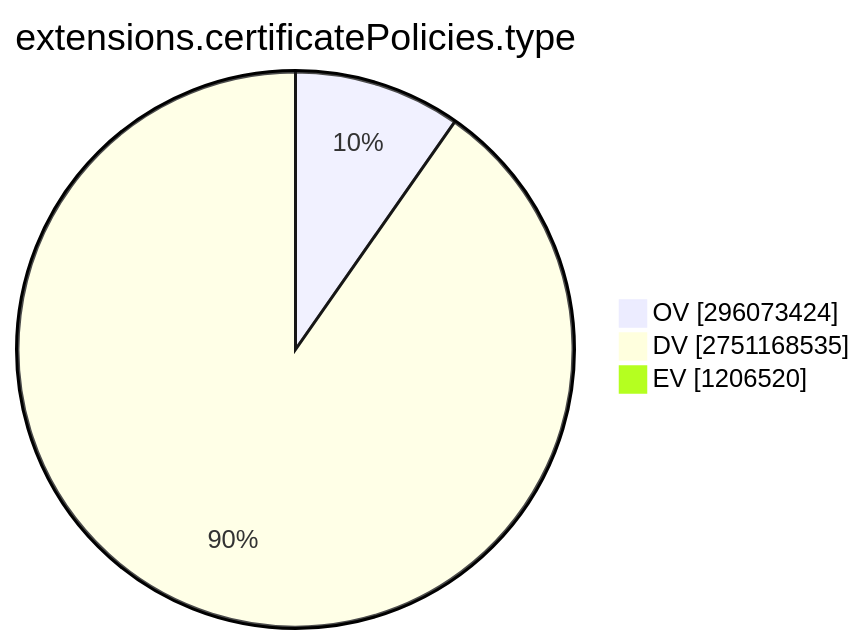
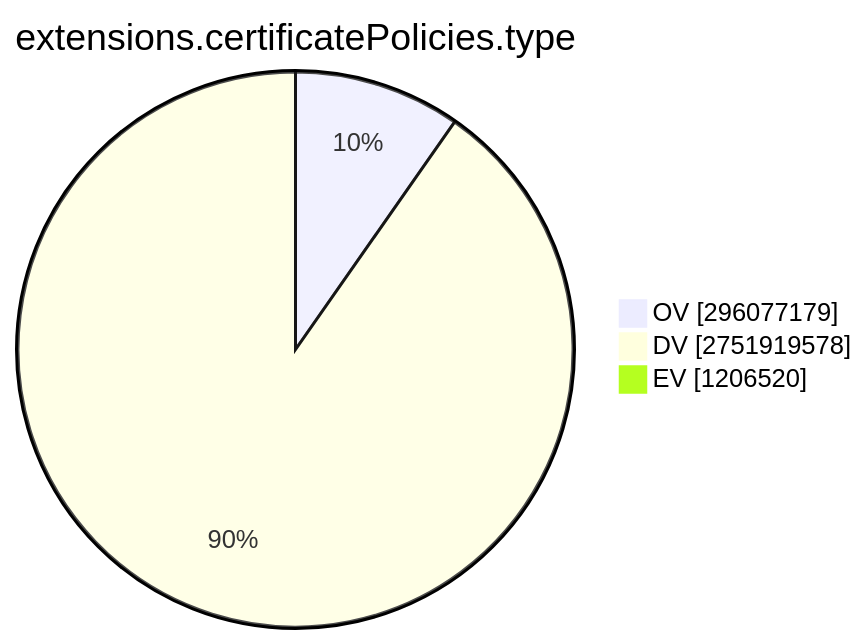
The ninth of 15 diagrams in TOTAL/README.md (christiankrug/ctmonitor_visualization), drawn with Mermaid before and after one commit. The commit also changed other lines of this file, not shown here.

````diff
--- a/TOTAL/README.md
+++ b/TOTAL/README.md
@@ -3099,7 +3099,7 @@
 ```mermaid
 pie showData
 title extensions.certificatePolicies.type
-"OV" :296073424
-"DV" :2751168535
+"OV" :296077179
+"DV" :2751919578
 "EV" :1206520
 ```
````
